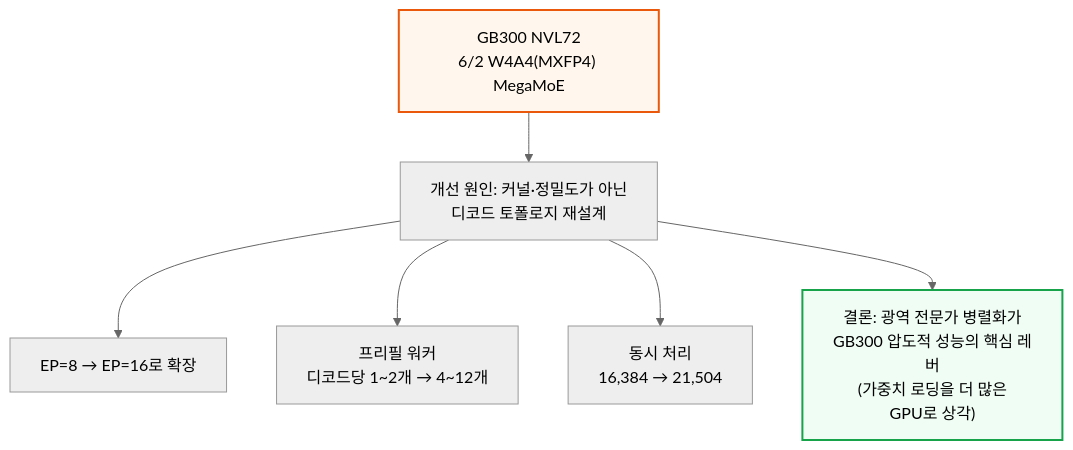
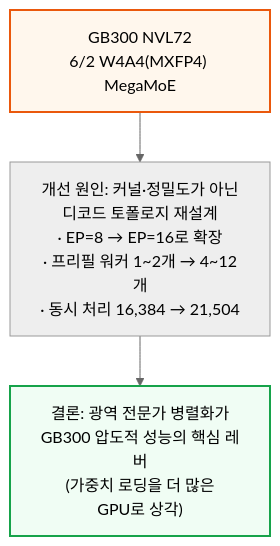
Diagram 13 of 28 in source/newsletter/ai_infra/compute/[260205] DeepSeek V4 1.6T Day 0부터 Day 43까지 성능 변화 - Huawei, GB300 NVL72, MI355X, B200.md (yohan4477/semi-report), drawn with Mermaid (neutral theme) before and after one commit. The commit also changed other lines of this file and 4 other files, not shown here.

````diff
--- a/source/newsletter/ai_infra/compute/[260205] DeepSeek V4 1.6T Day 0부터 Day 43까지 성능 변화 - Huawei, GB300 NVL72, MI355X, B200.md
+++ b/source/newsletter/ai_infra/compute/[260205] DeepSeek V4 1.6T Day 0부터 Day 43까지 성능 변화 - Huawei, GB300 NVL72, MI355X, B200.md
@@ -266,11 +273,8 @@
 ```mermaid
 flowchart TD
-    GB300["GB300 NVL72<br/>6/2 W4A4(MXFP4) MegaMoE"] --> Cause["개선 원인: 커널·정밀도가 아닌<br/>디코드 토폴로지 재설계"]
-    Cause --> C1["EP=8 → EP=16로 확장"]
-    Cause --> C2["프리필 워커<br/>디코드당 1~2개 → 4~12개"]
-    Cause --> C3["동시 처리<br/>16,384 → 21,504"]
+    GB300["GB300 NVL72<br/>6/2 W4A4(MXFP4) MegaMoE"] --> Cause["개선 원인: 커널·정밀도가 아닌<br/>디코드 토폴로지 재설계<br/>· EP=8 → EP=16로 확장<br/>· 프리필 워커 1~2개 → 4~12개<br/>· 동시 처리 16,384 → 21,504"]
     Cause --> WideEP["결론: 광역 전문가 병렬화가<br/>GB300 압도적 성능의 핵심 레버<br/>(가중치 로딩을 더 많은<br/>GPU로 상각)"]
 
     style GB300 fill:#fff7ed,stroke:#ea580c,stroke-width:2px
     style WideEP fill:#f0fdf4,stroke:#16a34a,stroke-width:2px
 ```
````
